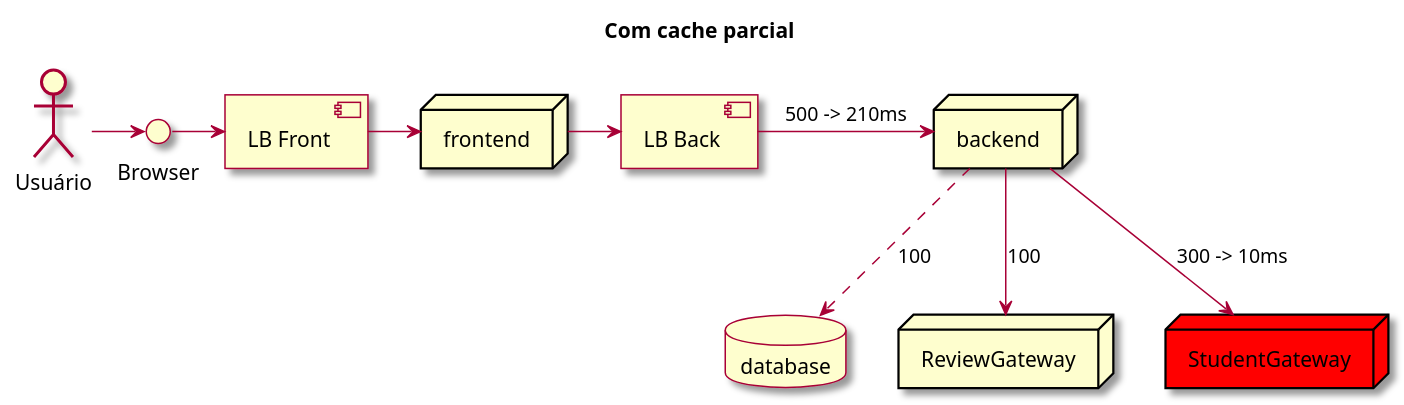
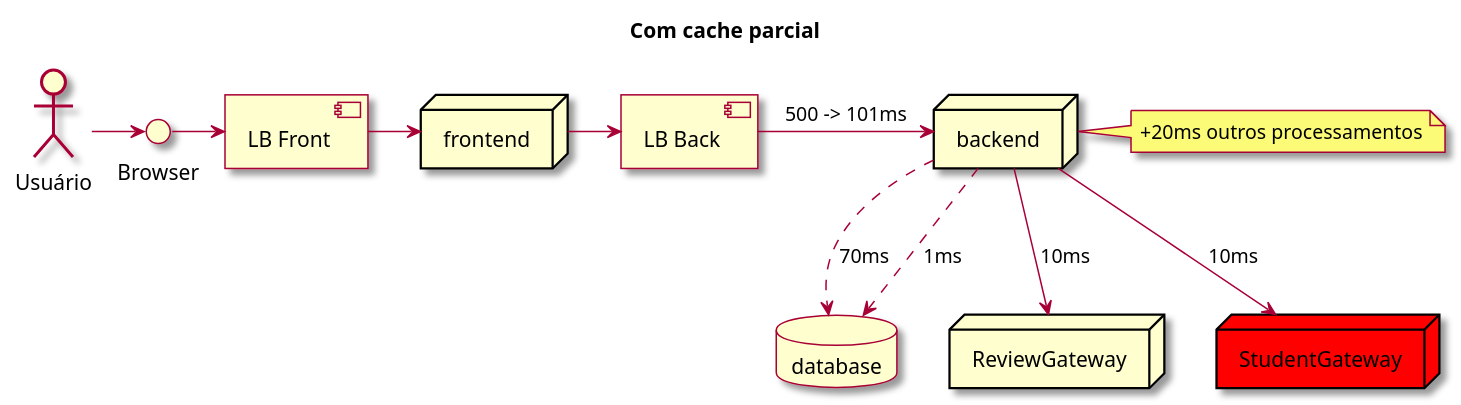
Before and after one commit to charlesardsilva/lecture-cache-content: the diagram in docs/diagrams/request-sem-cdn-with-partial-cache.plantuml, drawn with PlantUML. The commit also changed 2 other files, not shown here.

Commit message:
Change diagram

```diff
--- a/docs/diagrams/request-sem-cdn-with-partial-cache.plantuml
+++ b/docs/diagrams/request-sem-cdn-with-partial-cache.plantuml
@@ -1,26 +1,28 @@
 @startuml
 
 skin rose
 
 Title: Com cache parcial
 
 component "LB Front" as LBF
 component "LB Back" as LBB
 actor "Usuário" as actor
 database database
 interface "Browser" as browser
 node frontend
 node backend
 node reviewGateway as "ReviewGateway"
 node studentGateway as "StudentGateway" #red
 
 actor -> browser
 browser -> LBF
 LBF -> frontend
 frontend -> LBB
-LBB -> backend : 500 -> 210ms
-backend --> reviewGateway: 100
-backend --> studentGateway : 300 -> 10ms
-backend ..> database: 100
+LBB -> backend : 500 -> 101ms
+note right of backend: +20ms outros processamentos
+backend --> reviewGateway: 10ms
+backend --> studentGateway : 10ms
+backend ..> database: 70ms
+backend ..> database: 1ms
 
 @enduml
```
